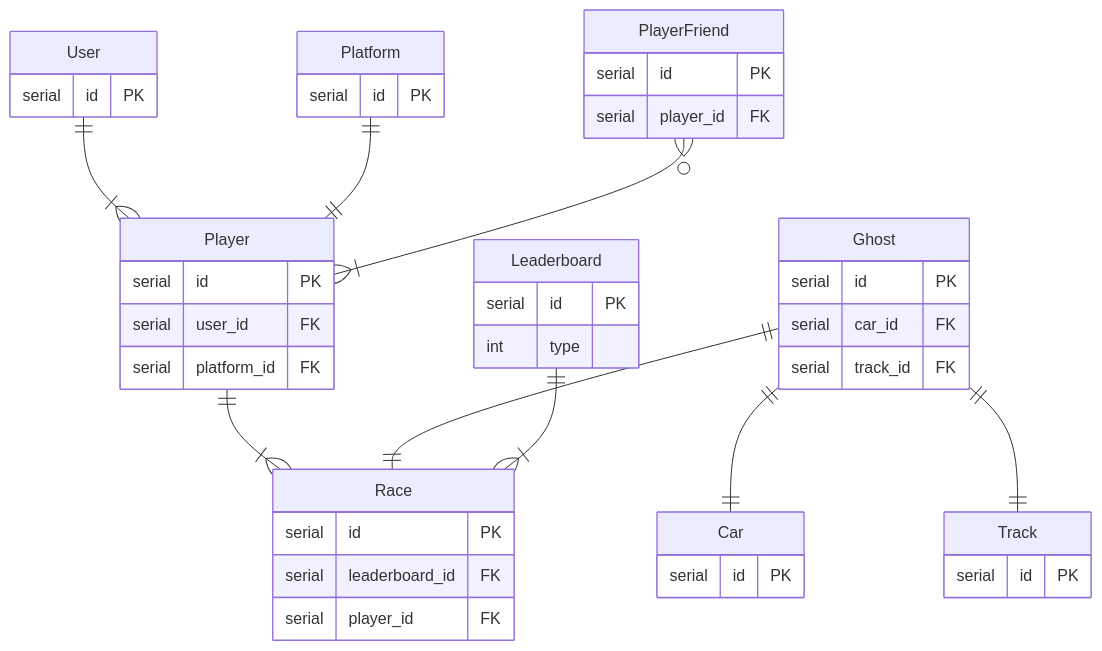
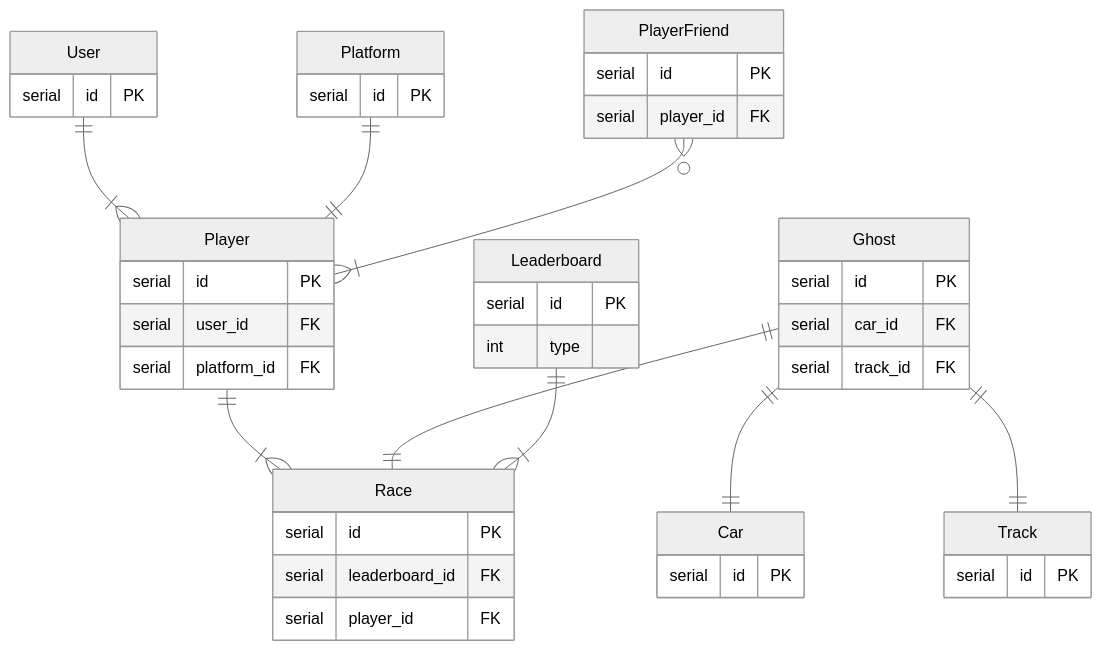
One commit to rick-0/MegaLeaderboard changed the second of 2 diagrams in README.md. Above: the diagram before and after it, drawn with Mermaid.

````diff
--- a/README.md
+++ b/README.md
@@ -73,47 +73,48 @@
 ``` mermaid
+%%{init: {'theme':'neutral'}}%%
 erDiagram
     User ||--|{ Player : ""
     Player ||--|{ Race : ""
     Platform ||--|| Player : ""
     PlayerFriend }o--|{ Player : ""
     Ghost ||--|| Race : ""
     Ghost ||--|| Car : ""
     Ghost ||--|| Track : ""
     Leaderboard ||--|{ Race : ""   
 
     User {
         serial id PK
     }
     Player {
         serial id PK
         serial user_id FK
         serial platform_id FK
     }
     Platform {
         serial id PK
     }
     PlayerFriend {
         serial id PK
         serial player_id FK
     }
     Ghost {
         serial id PK
         serial car_id FK
         serial track_id FK
     }
     Race {
         serial id PK
         serial leaderboard_id FK
         serial player_id FK
     }
     Car {
         serial id PK
     }
     Track {
         serial id PK
     }
     Leaderboard {
         serial id PK
         int type
     }
 ```
````
